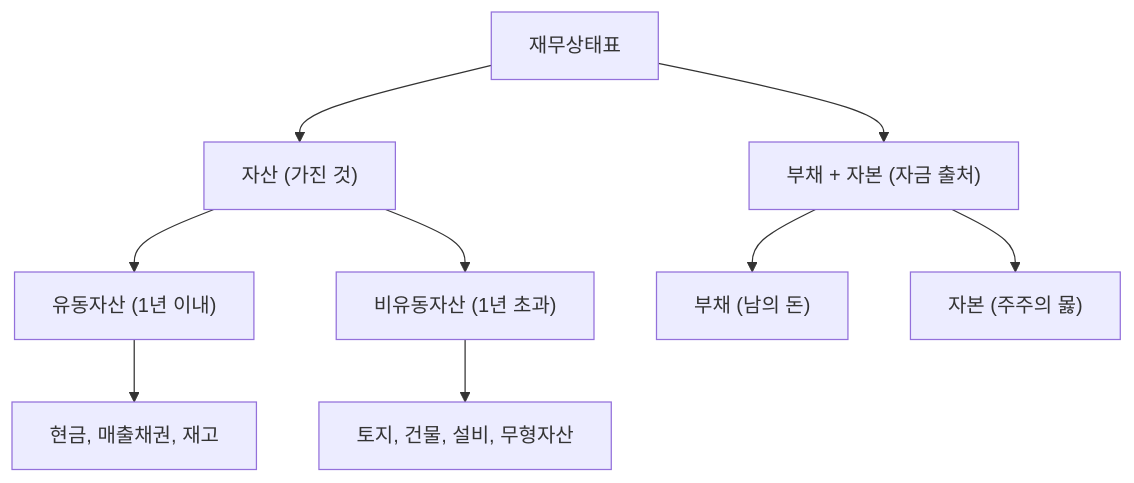
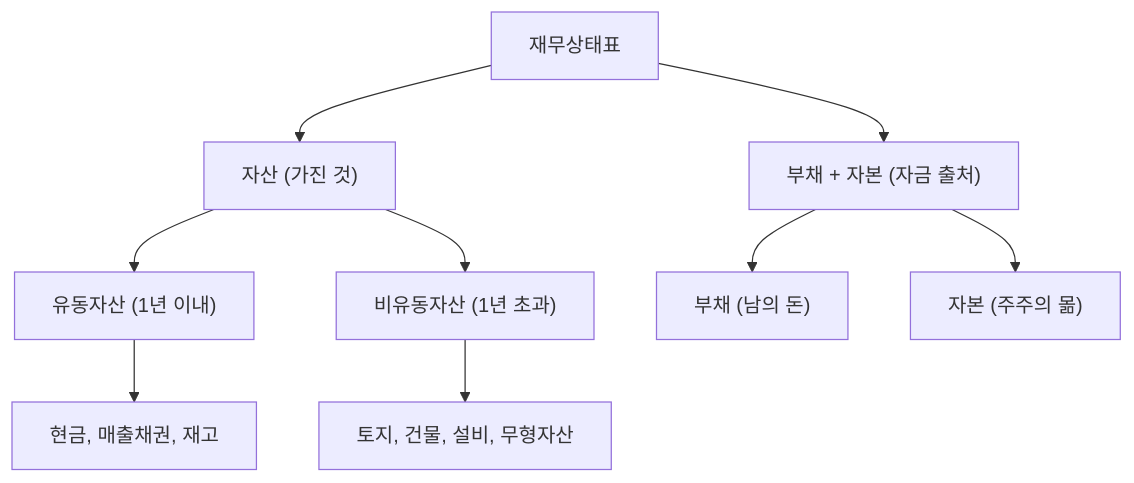
The diagram in content/stock-terms/ko/level-03-financial-statements/assets.md (yeongseon/stock-visual-note), drawn with Mermaid before and after one commit. The commit also changed 5 other files, not shown here.

````diff
--- a/content/stock-terms/ko/level-03-financial-statements/assets.md
+++ b/content/stock-terms/ko/level-03-financial-statements/assets.md
@@ -53,12 +53,12 @@
 ```mermaid
 graph TD
     A["재무상태표"]
     A --> B["자산 (가진 것)"]
     A --> C["부채 + 자본 (자금 출처)"]
     B --> D["유동자산 (1년 이내)"]
     B --> E["비유동자산 (1년 초과)"]
     D --> F["현금, 매출채권, 재고"]
     E --> G["토지, 건물, 설비, 무형자산"]
     C --> H["부채 (남의 돈)"]
-    C --> I["자본 (주주의 몷)"]
+    C --> I["자본 (주주의 몲)"]
 ```
````
